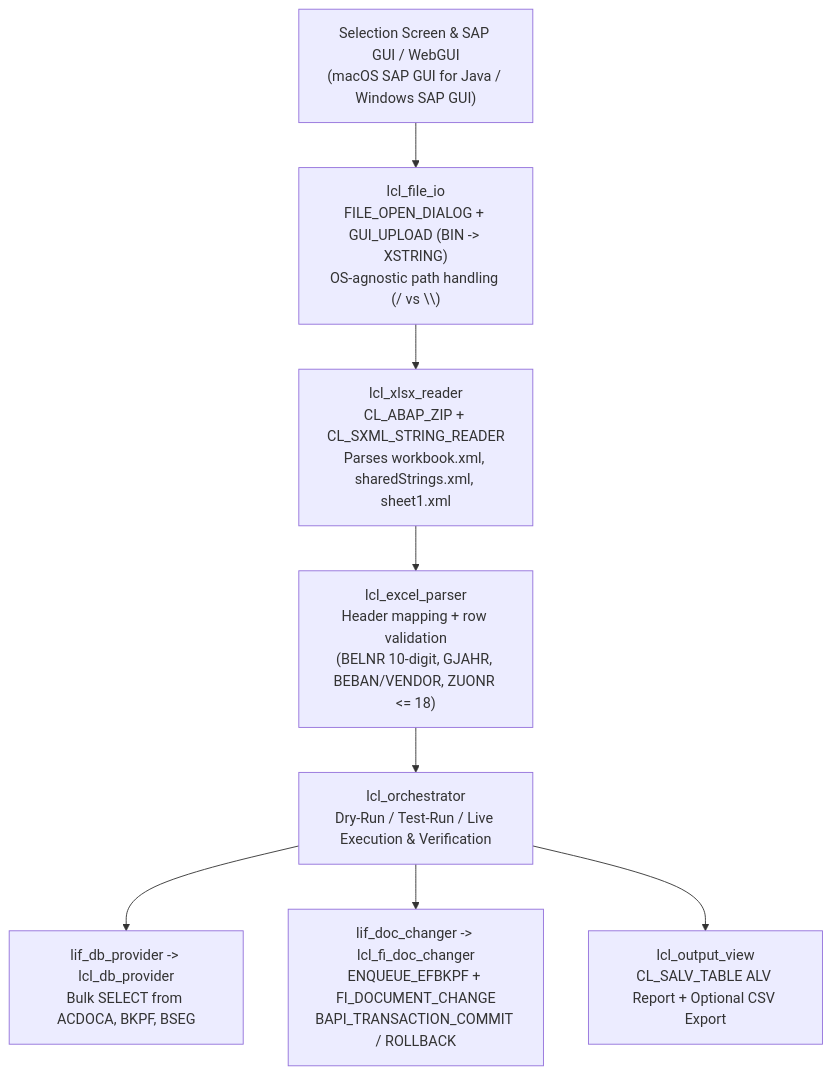
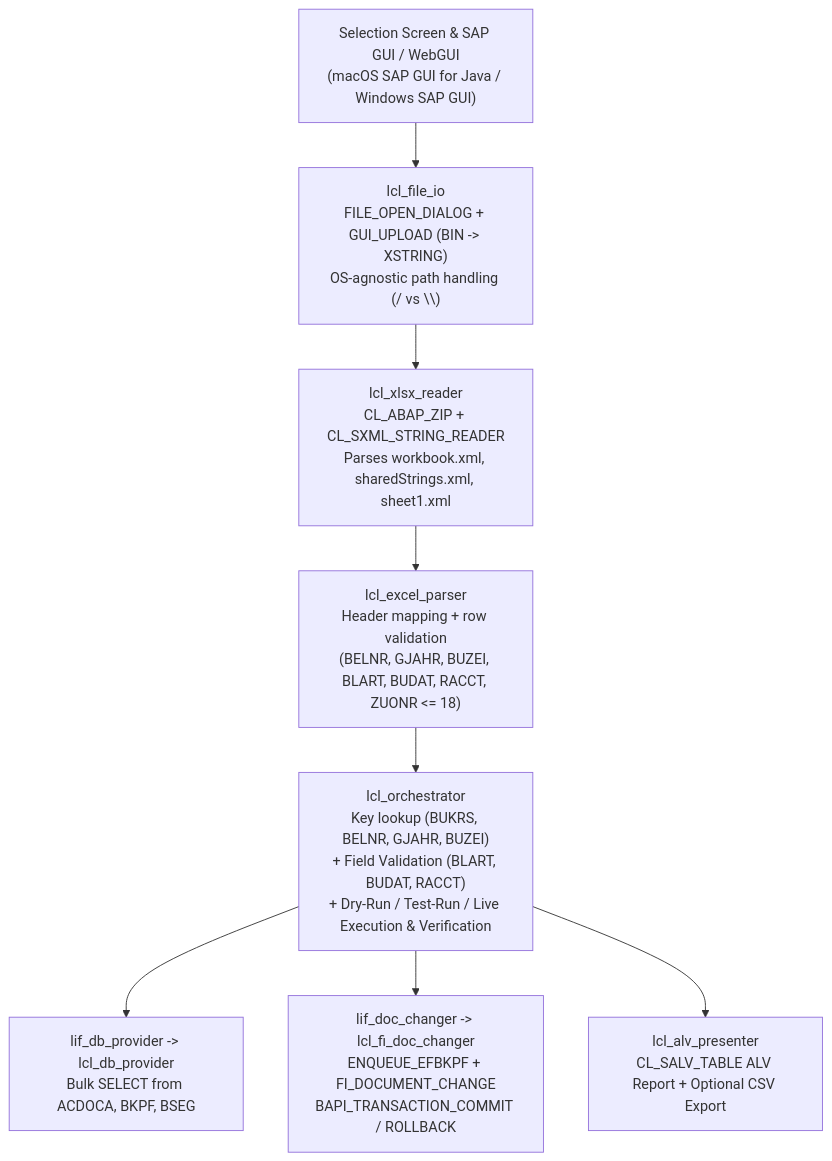
The diagram in ABAP_ZPROGRAM_PLAN.md (yudhiwidyatama/sapbulkchange), drawn with Mermaid before and after one commit. The commit also changed other lines of this file and 2 other files, not shown here.

Commit message:
Use Buzei line item key and validate doc type, posting date, and G/L account

````diff
--- a/ABAP_ZPROGRAM_PLAN.md
+++ b/ABAP_ZPROGRAM_PLAN.md
@@ -24,19 +33,19 @@
 ```mermaid
 flowchart TD
     UI["Selection Screen & SAP GUI / WebGUI\n(macOS SAP GUI for Java / Windows SAP GUI)"]
     UPLOAD["lcl_file_io\nFILE_OPEN_DIALOG + GUI_UPLOAD (BIN -> XSTRING)\nOS-agnostic path handling (/ vs \\)"]
     XLSX["lcl_xlsx_reader\nCL_ABAP_ZIP + CL_SXML_STRING_READER\nParses workbook.xml, sharedStrings.xml, sheet1.xml"]
-    VALID["lcl_excel_parser\nHeader mapping + row validation\n(BELNR 10-digit, GJAHR, BEBAN/VENDOR, ZUONR <= 18)"]
-    ORCH["lcl_orchestrator\nDry-Run / Test-Run / Live Execution & Verification"]
+    VALID["lcl_excel_parser\nHeader mapping + row validation\n(BELNR, GJAHR, BUZEI, BLART, BUDAT, RACCT, ZUONR <= 18)"]
+    ORCH["lcl_orchestrator\nKey lookup (BUKRS, BELNR, GJAHR, BUZEI)\n+ Field Validation (BLART, BUDAT, RACCT)\n+ Dry-Run / Test-Run / Live Execution & Verification"]
     DB["lif_db_provider -> lcl_db_provider\nBulk SELECT from ACDOCA, BKPF, BSEG"]
     CHG["lif_doc_changer -> lcl_fi_doc_changer\nENQUEUE_EFBKPF + FI_DOCUMENT_CHANGE\nBAPI_TRANSACTION_COMMIT / ROLLBACK"]
-    OUT["lcl_output_view\nCL_SALV_TABLE ALV Report + Optional CSV Export"]
+    OUT["lcl_alv_presenter\nCL_SALV_TABLE ALV Report + Optional CSV Export"]
 
     UI --> UPLOAD
     UPLOAD --> XLSX
     XLSX --> VALID
     VALID --> ORCH
     ORCH --> DB
     ORCH --> CHG
     ORCH --> OUT
 ```
````
